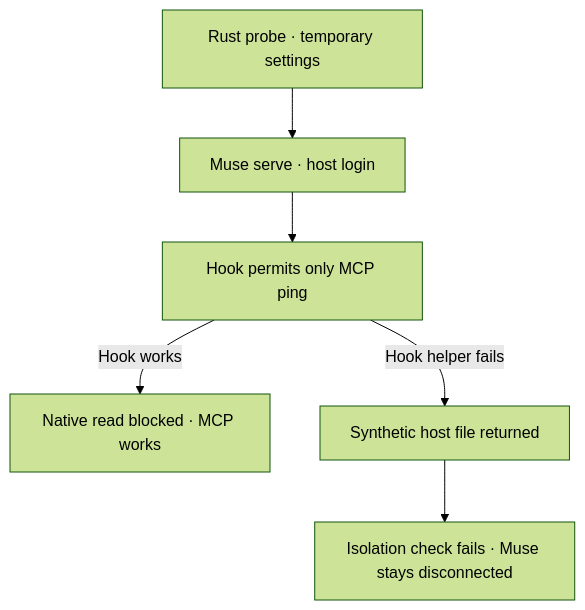
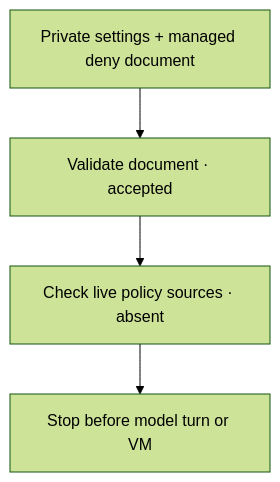
The second of 2 diagrams in docs/workers.md (minimumeffort-dev/sprowt.harness), drawn with Mermaid (forest theme) before and after one commit. The commit also changed other lines of this file and 2 other files, not shown here.

Commit message:
Check Muse managed policy activation before worker testing

````diff
--- a/docs/workers.md
+++ b/docs/workers.md
@@ -66,8 +66,6 @@
 ```mermaid
 flowchart TB
-    probe["Rust probe · temporary settings"] --> muse["Muse serve · host login"]
-    muse --> guard["Hook permits only MCP ping"]
-    guard -->|"Hook works"| denied["Native read blocked · MCP works"]
-    guard -->|"Hook helper fails"| read["Synthetic host file returned"]
-    read --> stop["Isolation check fails · Muse stays disconnected"]
+    probe["Private settings + managed deny document"] --> validation["Validate document · accepted"]
+    validation --> status["Check live policy sources · absent"]
+    status --> stop["Stop before model turn or VM"]
 ```
````
